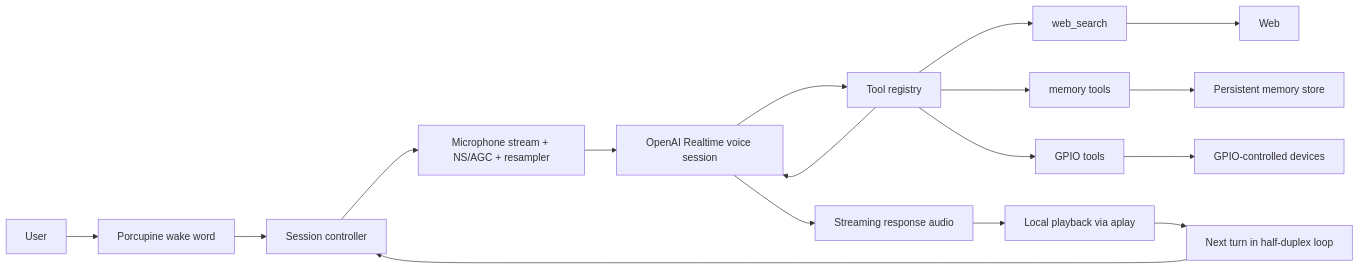
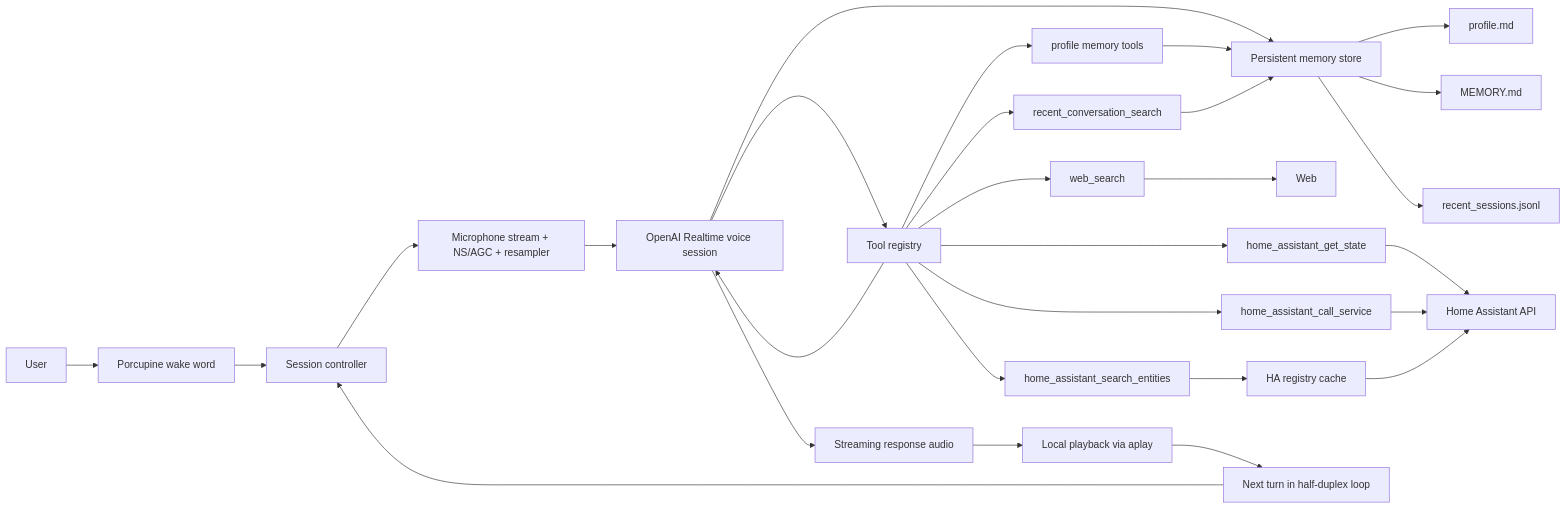
Before and after one commit to herrkaefer/snowman: the diagram in realtime/README.md, drawn with Mermaid. The commit also changed 1 other file, not shown here.

````diff
--- a/realtime/README.md
+++ b/realtime/README.md
@@ -42,19 +42,30 @@
 ```mermaid
 flowchart LR
     user["User"] --> wake["Porcupine wake word"]
     wake --> session["Session controller"]
     session --> mic["Microphone stream + NS/AGC + resampler"]
     mic --> rt["OpenAI Realtime voice session"]
+    rt --> memory["Persistent memory store"]
     rt --> tools["Tool registry"]
     tools --> webTool["web_search"]
     webTool --> web["Web"]
-    tools --> memoryTool["memory tools"]
-    memoryTool --> memory["Persistent memory store"]
-    tools --> gpioTool["GPIO tools"]
-    gpioTool --> gpio["GPIO-controlled devices"]
+    tools --> profileTool["profile memory tools"]
+    profileTool --> memory
+    tools --> convoTool["recent_conversation_search"]
+    convoTool --> memory
+    tools --> haSearch["home_assistant_search_entities"]
+    tools --> haState["home_assistant_get_state"]
+    tools --> haCall["home_assistant_call_service"]
+    haSearch --> haRegistry["HA registry cache"]
+    haState --> haApi["Home Assistant API"]
+    haCall --> haApi
+    haRegistry --> haApi
+    memory --> profile["profile.md"]
+    memory --> memoryIndex["MEMORY.md"]
+    memory --> conversations["recent_sessions.jsonl"]
     tools --> rt
     rt --> audio["Streaming response audio"]
     audio --> player["Local playback via aplay"]
     player --> next["Next turn in half-duplex loop"]
     next --> session
 ```
````
